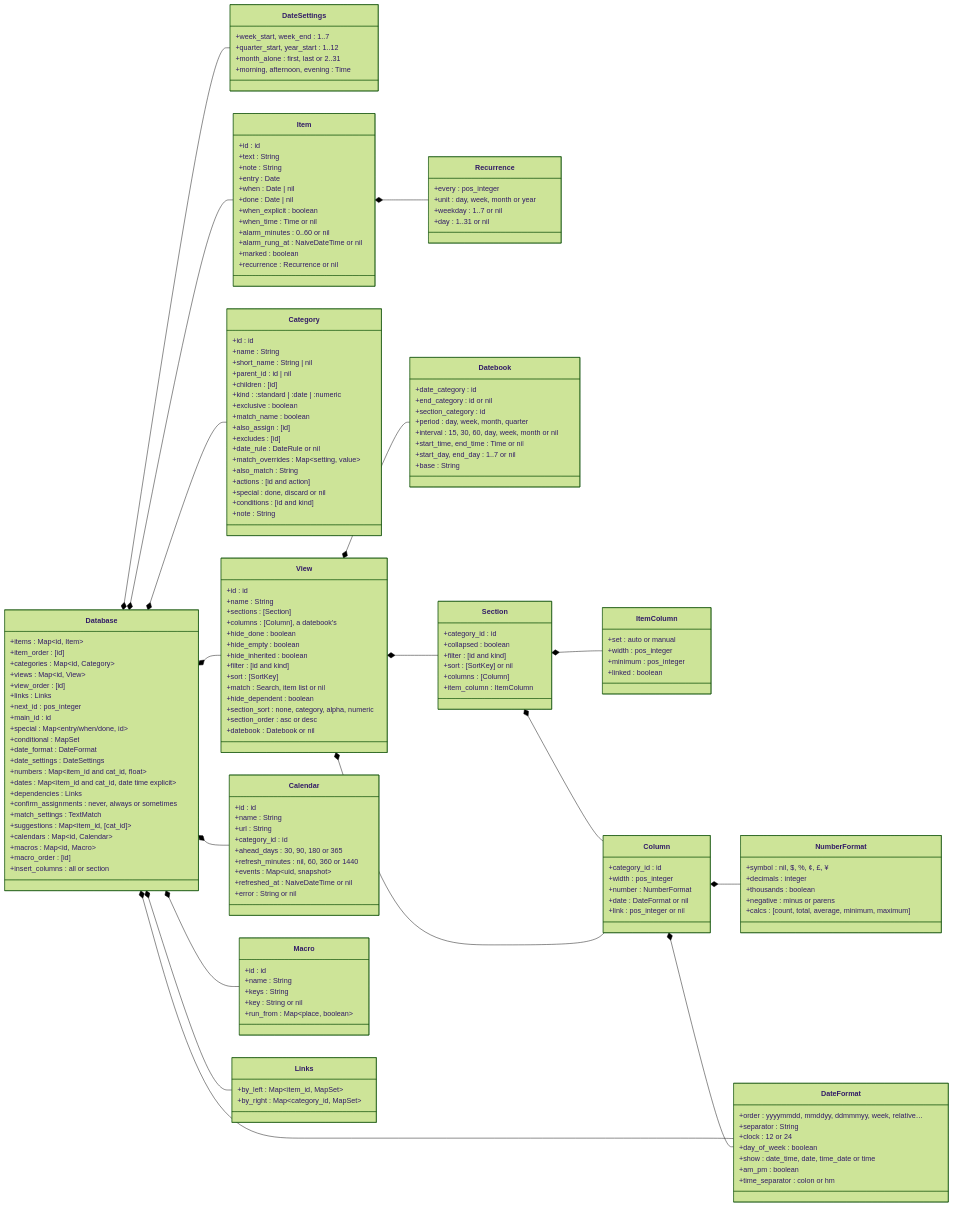
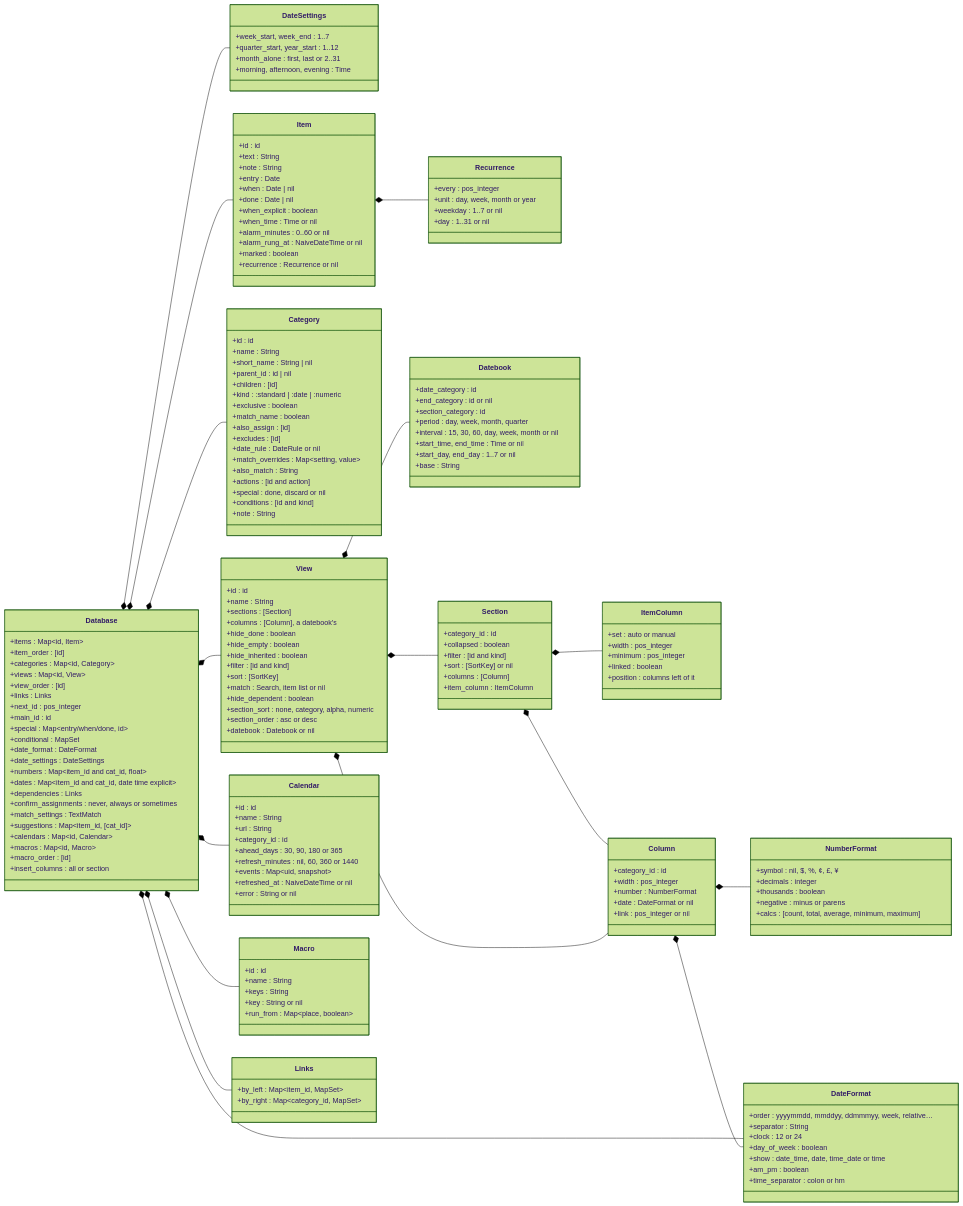
One commit to jamting/agendum changed the second of 6 diagrams in docs/DATA_MODEL.md. Above: the diagram before and after it, drawn with Mermaid (forest theme). The commit also changed other lines of this file and 23 other files, not shown here.

```diff
--- a/docs/DATA_MODEL.md
+++ b/docs/DATA_MODEL.md
@@ -260,6 +260,7 @@
         +width : pos_integer
         +minimum : pos_integer
         +linked : boolean
+        +position : columns left of it
     }
     class Column {
         +category_id : id
```
